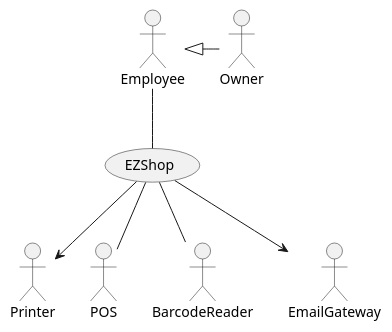
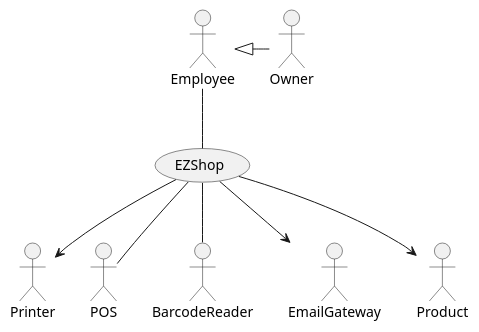
The first of 7 diagrams in Deliverables/RequirementsDocument.md (thegabriele97/EzShop), drawn with PlantUML before and after one commit. The commit also changed other lines of this file, not shown here.

Commit message:
docs: added Product as an Actor

````diff
--- a/Deliverables/RequirementsDocument.md
+++ b/Deliverables/RequirementsDocument.md
@@ -119,20 +119,25 @@
 ```plantuml
 Actor Owner
 Actor Employee
 
 Actor Printer
 Actor POS 
 Actor BarcodeReader
 Actor EmailGateway
+
+Actor Product
 
 usecase EZShop
 
 Employee -- EZShop
 Owner -left-|> Employee
 
 EZShop --> Printer
 EZShop --> EmailGateway
 
 EZShop -- POS
 EZShop -- BarcodeReader
+
+EZShop --> Product
+
 ```
````
